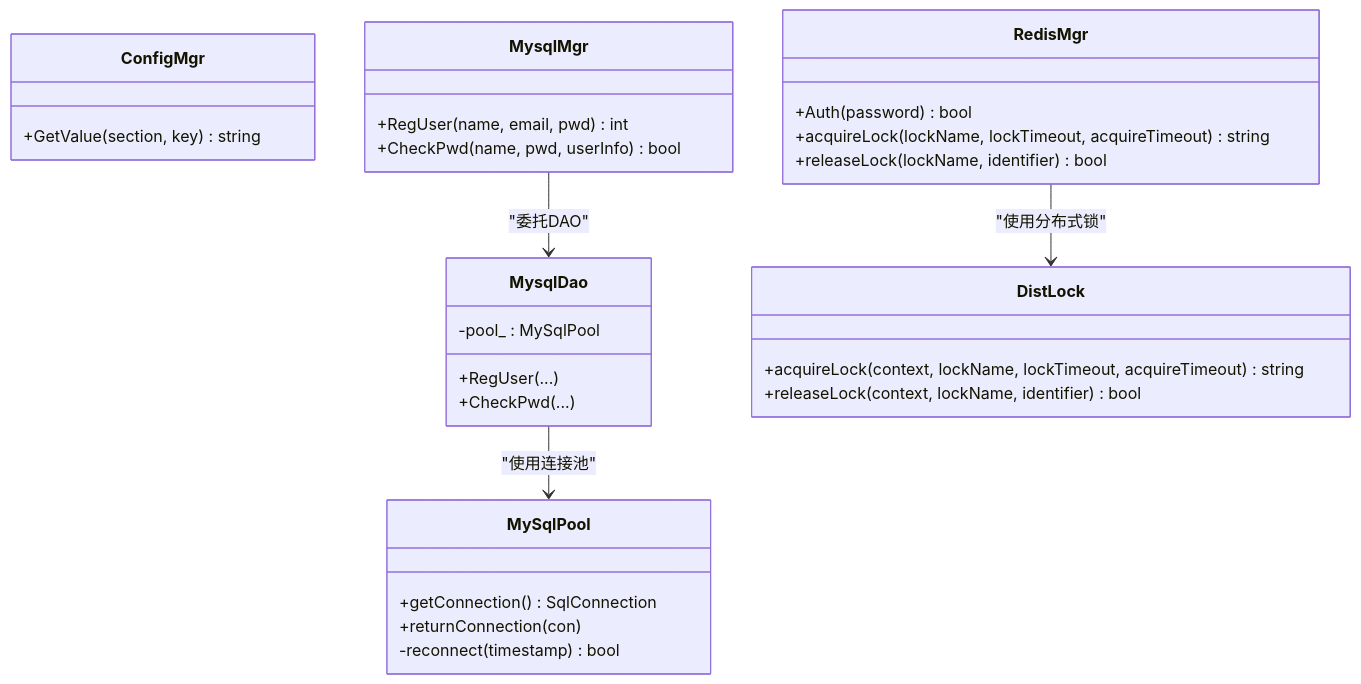
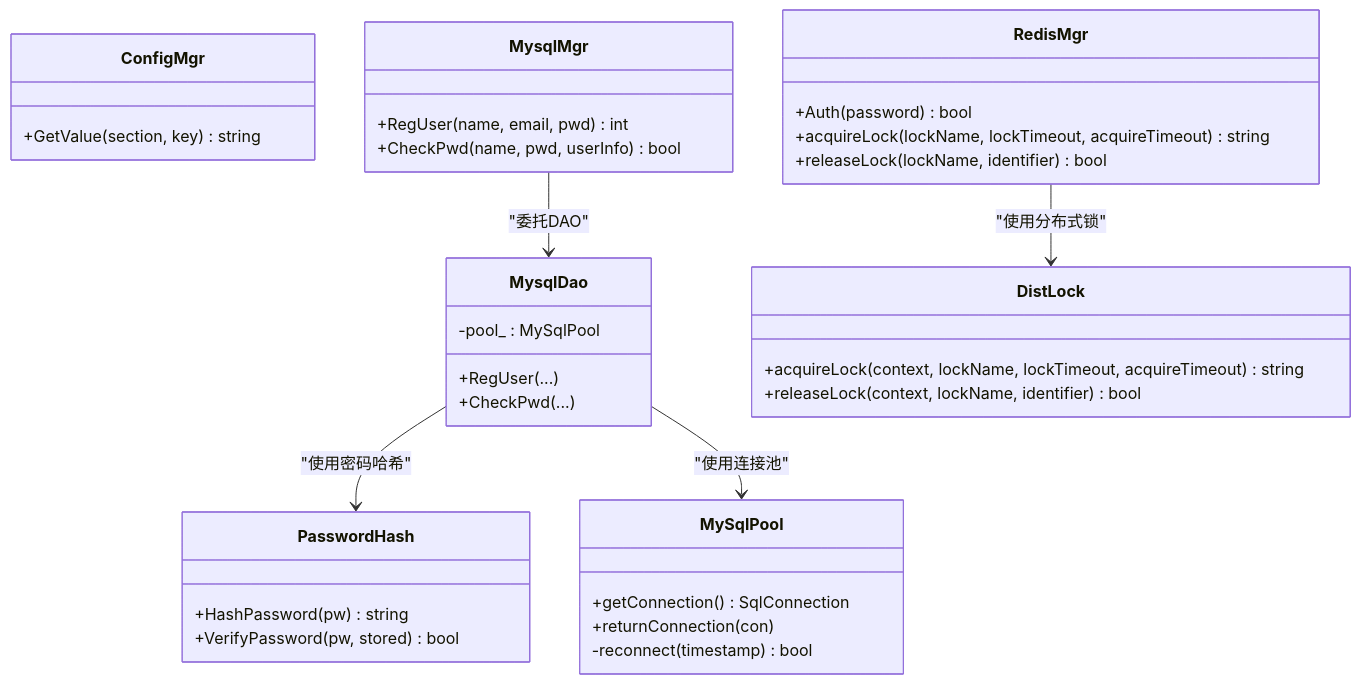
Before and after one commit to echo9923/mychatter: the third of 3 diagrams in .qoder/repowiki/zh/content/安全设计/数据安全保护/数据加密存储.md, drawn with Mermaid. The commit also changed other lines of this file and 58 other files, not shown here.

````diff
--- a/.qoder/repowiki/zh/content/安全设计/数据安全保护/数据加密存储.md
+++ b/.qoder/repowiki/zh/content/安全设计/数据安全保护/数据加密存储.md
@@ -242,32 +318,37 @@
 ```mermaid
 classDiagram
+class PasswordHash {
++HashPassword(pw) string
++VerifyPassword(pw, stored) bool
+}
 class ConfigMgr {
 +GetValue(section, key) string
 }
 class MysqlMgr {
 +RegUser(name, email, pwd) int
 +CheckPwd(name, pwd, userInfo) bool
 }
 class MysqlDao {
 +RegUser(...)
 +CheckPwd(...)
 -pool_ : MySqlPool
 }
 class MySqlPool {
 +getConnection() SqlConnection
 +returnConnection(con)
 -reconnect(timestamp) bool
 }
 class RedisMgr {
 +Auth(password) bool
 +acquireLock(lockName, lockTimeout, acquireTimeout) string
 +releaseLock(lockName, identifier) bool
 }
 class DistLock {
 +acquireLock(context, lockName, lockTimeout, acquireTimeout) string
 +releaseLock(context, lockName, identifier) bool
 }
 MysqlMgr --> MysqlDao : "委托DAO"
+MysqlDao --> PasswordHash : "使用密码哈希"
 MysqlDao --> MySqlPool : "使用连接池"
 RedisMgr --> DistLock : "使用分布式锁"
 ```
````
